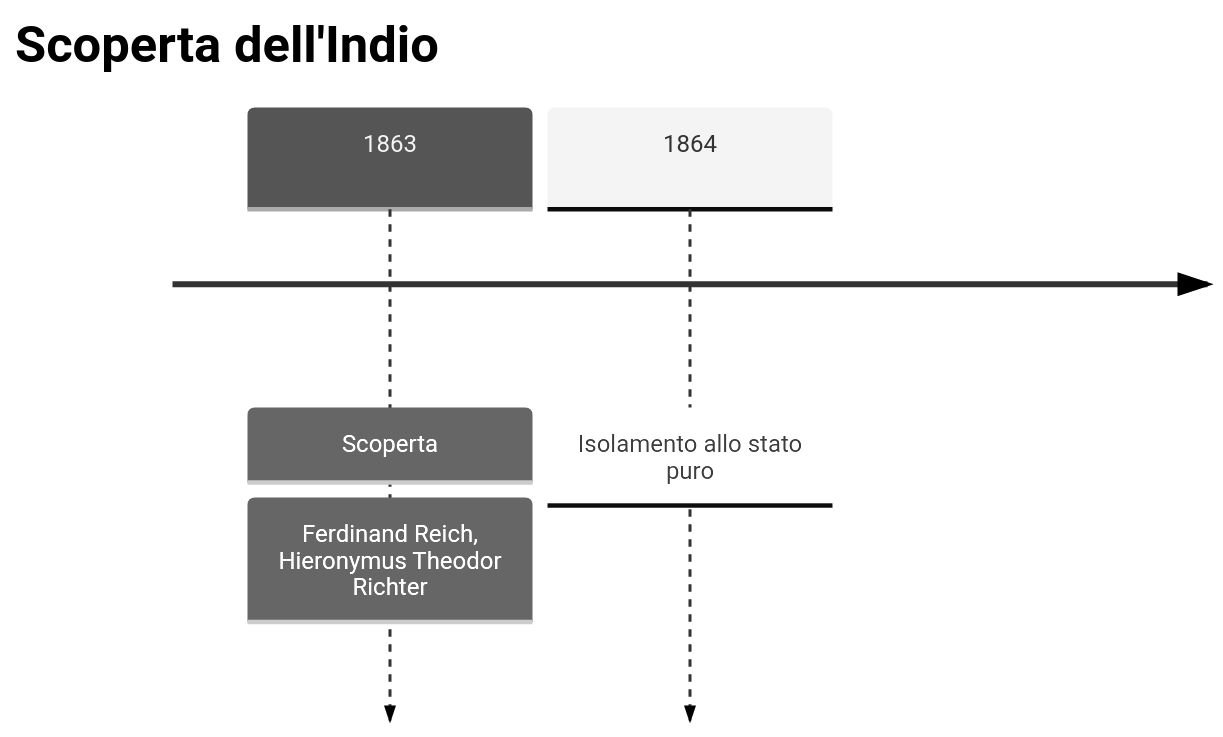
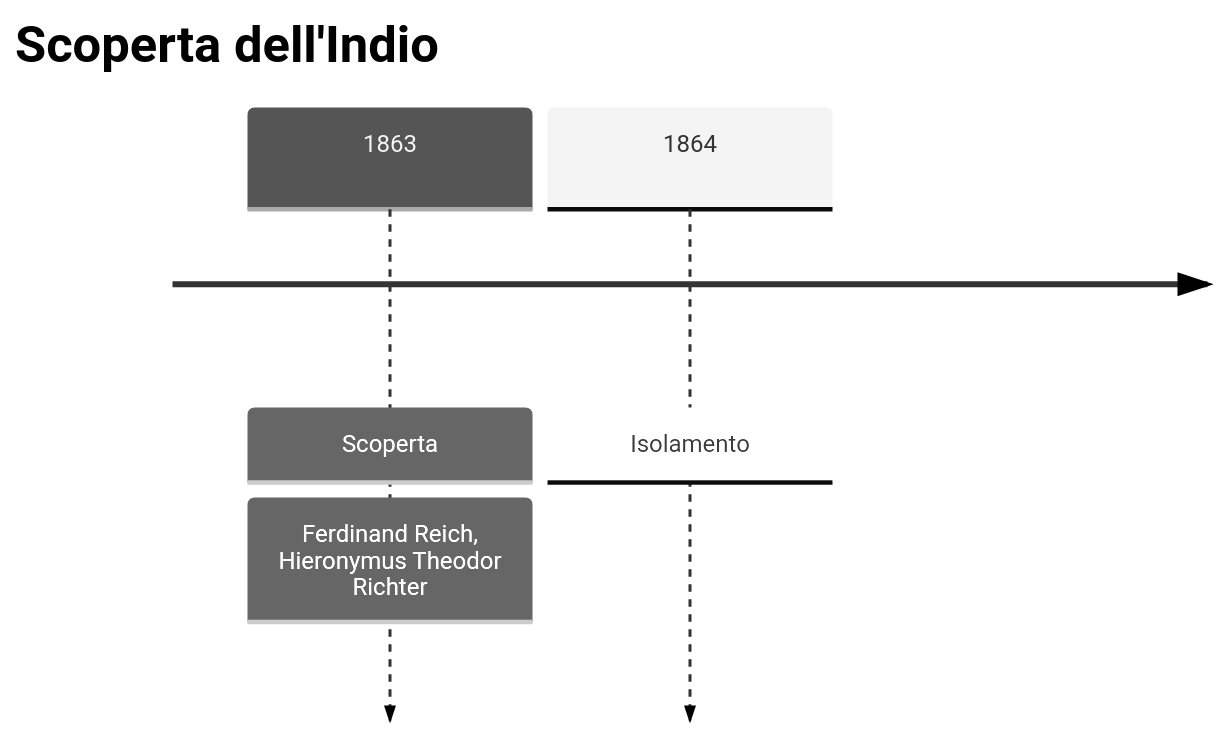
The first of 2 diagrams in vault/Elementi/Indio.md (gianlucaciarcelluti/elements-caos), drawn with Mermaid (neutral theme) before and after one commit. The commit also changed 56 other files, not shown here.

````diff
--- a/vault/Elementi/Indio.md
+++ b/vault/Elementi/Indio.md
@@ -28,6 +28,6 @@
 ```mermaid
 timeline
     title Scoperta dell'Indio
     1863 : Scoperta : Ferdinand Reich, Hieronymus Theodor Richter
-    1864 : Isolamento allo stato puro
+    1864 : Isolamento
 ```
````
